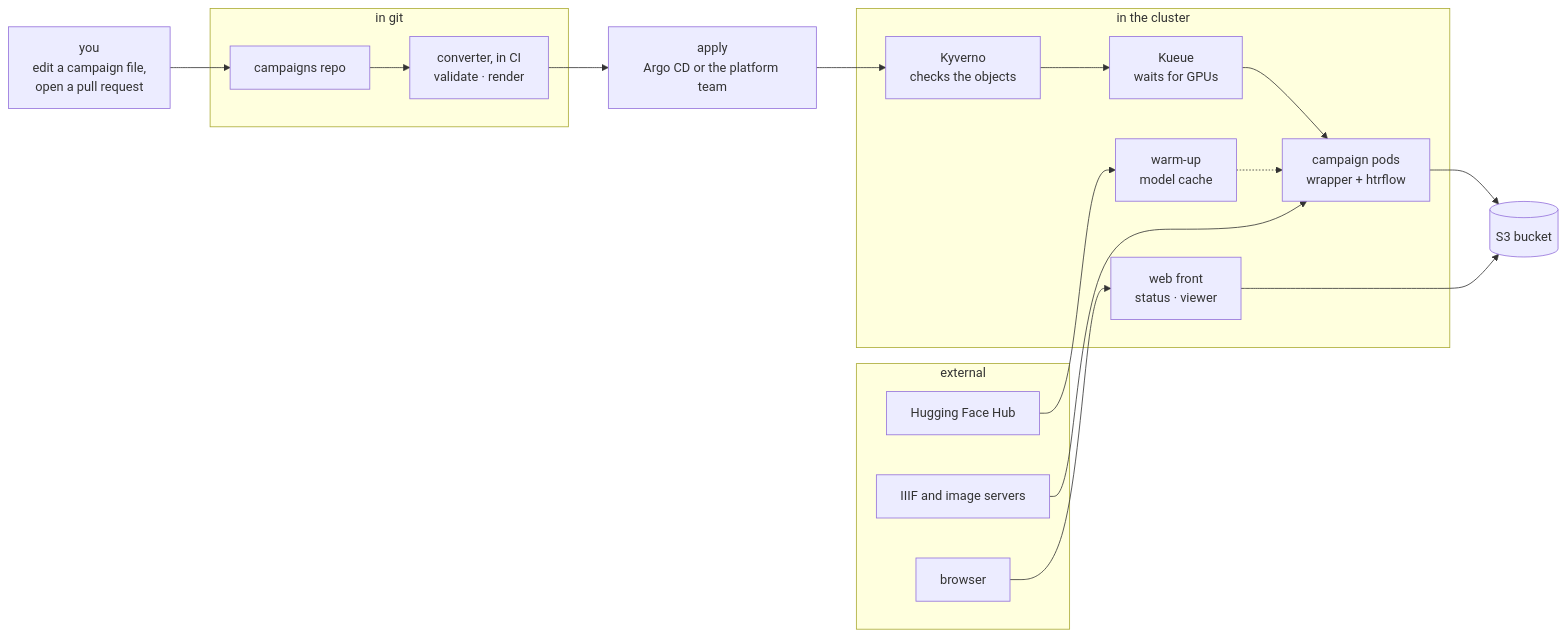
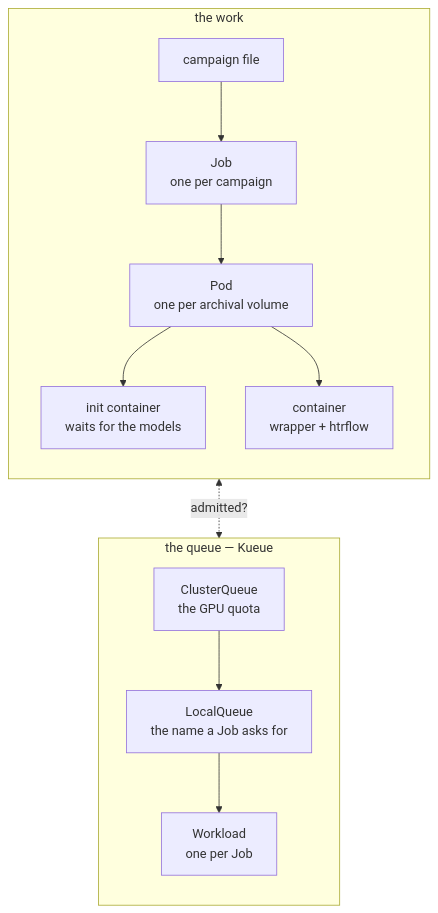
Before and after one commit to AI-Riksarkivet/htrflow-batch: the diagram in docs/slides/assets/part-1-from-one-folder-to-the-archive-1.mmd, drawn with Mermaid. The commit also changed 27 other files, not shown here.

First line of the commit message:
docs(slides): draw the rough architecture by hand

```diff
--- a/docs/slides/assets/part-1-from-one-folder-to-the-archive-1.mmd
+++ b/docs/slides/assets/part-1-from-one-folder-to-the-archive-1.mmd
@@ -1,24 +1,14 @@
-flowchart LR
-  YOU["you<br/>edit a campaign file,<br/>open a pull request"]
-  subgraph GIT["in git"]
-    REPO["campaigns repo"] --> CONV["converter, in CI<br/>validate · render"]
+flowchart TB
+  subgraph WORK["the work"]
+    direction TB
+    CF["campaign file"] --> JOB["Job<br/>one per campaign"]
+    JOB --> POD["Pod<br/>one per archival volume"]
+    POD --> INIT["init container<br/>waits for the models"]
+    POD --> CON["container<br/>wrapper + htrflow"]
   end
-  AP["apply<br/>Argo CD or the platform team"]
-  subgraph K8S["in the cluster"]
-    KYV["Kyverno<br/>checks the objects"] --> KUE["Kueue<br/>waits for GPUs"] --> JOB["campaign pods<br/>wrapper + htrflow"]
-    WARM["warm-up<br/>model cache"] -.-> JOB
-    WEB["web front<br/>status · viewer"]
+  subgraph QUEUE["the queue — Kueue"]
+    direction TB
+    CQ["ClusterQueue<br/>the GPU quota"] --> LQ["LocalQueue<br/>the name a Job asks for"]
+    LQ --> WL["Workload<br/>one per Job"]
   end
-  subgraph OUT["external"]
-    IIIF["IIIF and image servers"]
-    HUB["Hugging Face Hub"]
-    BR["browser"]
-  end
-  S3[("S3 bucket")]
-  YOU --> REPO
-  CONV --> AP --> KYV
-  IIIF --> JOB
-  HUB --> WARM
-  BR --> WEB
-  JOB --> S3
-  WEB --> S3
+  JOB <-. "admitted?" .-> WL
```
